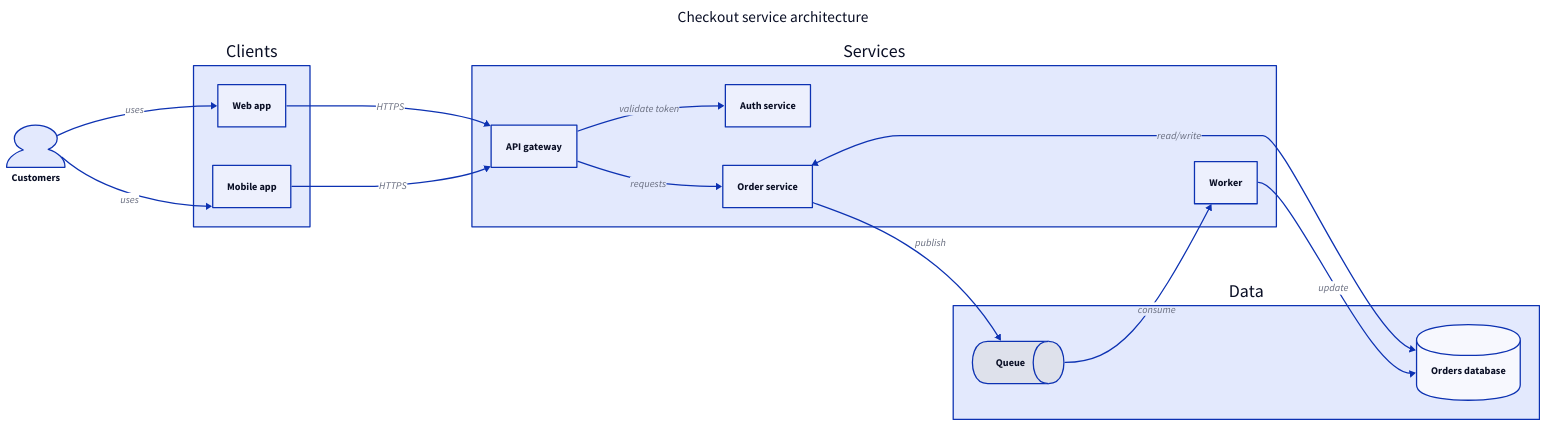
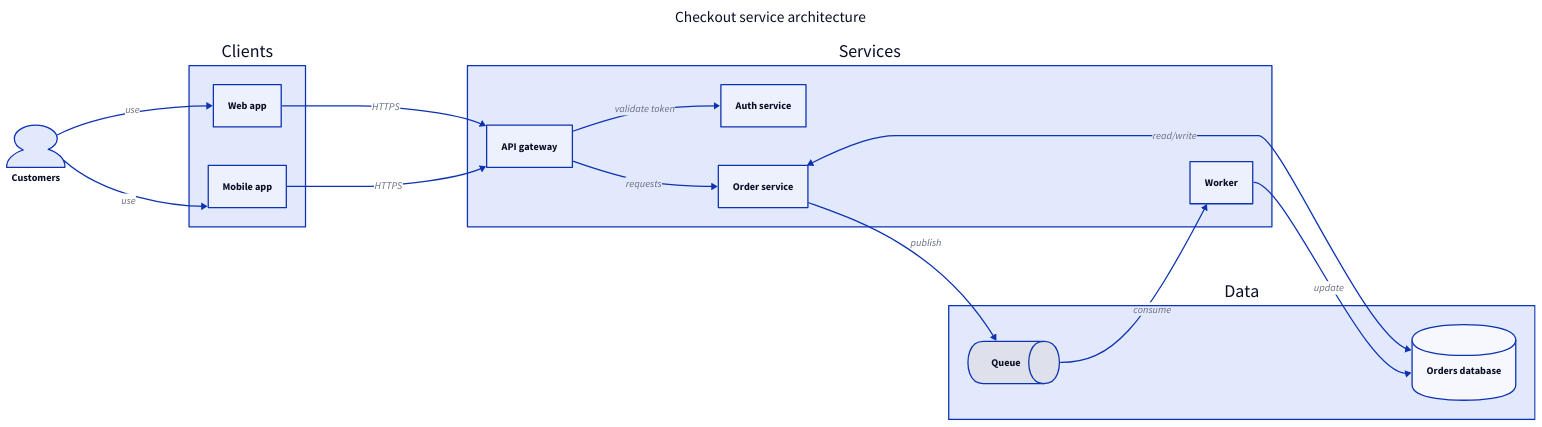
One commit to byronwall/draftably changed the diagram in docs/evaluations/agent-diagrams/reference/architecture/d2.d2. Above: the diagram before and after it, drawn with D2. The commit also changed 59 other files, not shown here.

```diff
--- a/docs/evaluations/agent-diagrams/reference/architecture/d2.d2
+++ b/docs/evaluations/agent-diagrams/reference/architecture/d2.d2
@@ -1,35 +1,36 @@
 direction: right
+
 title: Checkout service architecture {near: top-center; shape: text; style.font-size: 24}
 
 customers: Customers {shape: person}
 
 clients: Clients {
   web: Web app
   mobile: Mobile app
 }
 
 services: Services {
   gateway: API gateway
   auth: Auth service
   order: Order service
   worker: Worker
+
+  gateway -> auth: validate token
+  gateway -> order: requests
 }
 
 data: Data {
   db: Orders database {shape: cylinder}
   queue: Queue {shape: queue}
 }
 
-customers -> clients.web: uses
-customers -> clients.mobile: uses
+customers -> clients.web: use
+customers -> clients.mobile: use
 
 clients.web -> services.gateway: HTTPS
 clients.mobile -> services.gateway: HTTPS
-
-services.gateway -> services.auth: validate token
-services.gateway -> services.order: requests
 
 services.order <-> data.db: read/write
 services.order -> data.queue: publish
 data.queue -> services.worker: consume
 services.worker -> data.db: update
```
